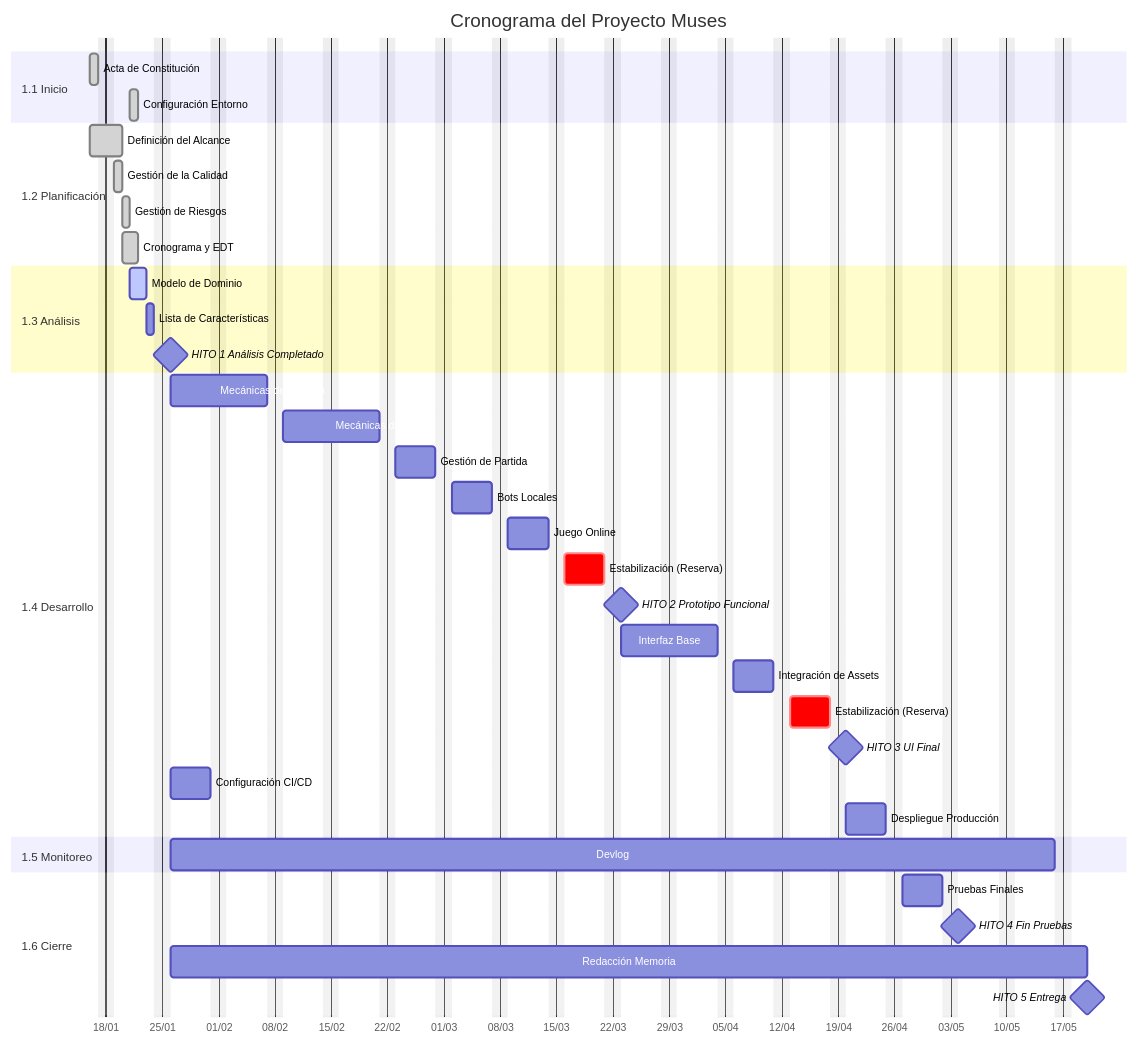
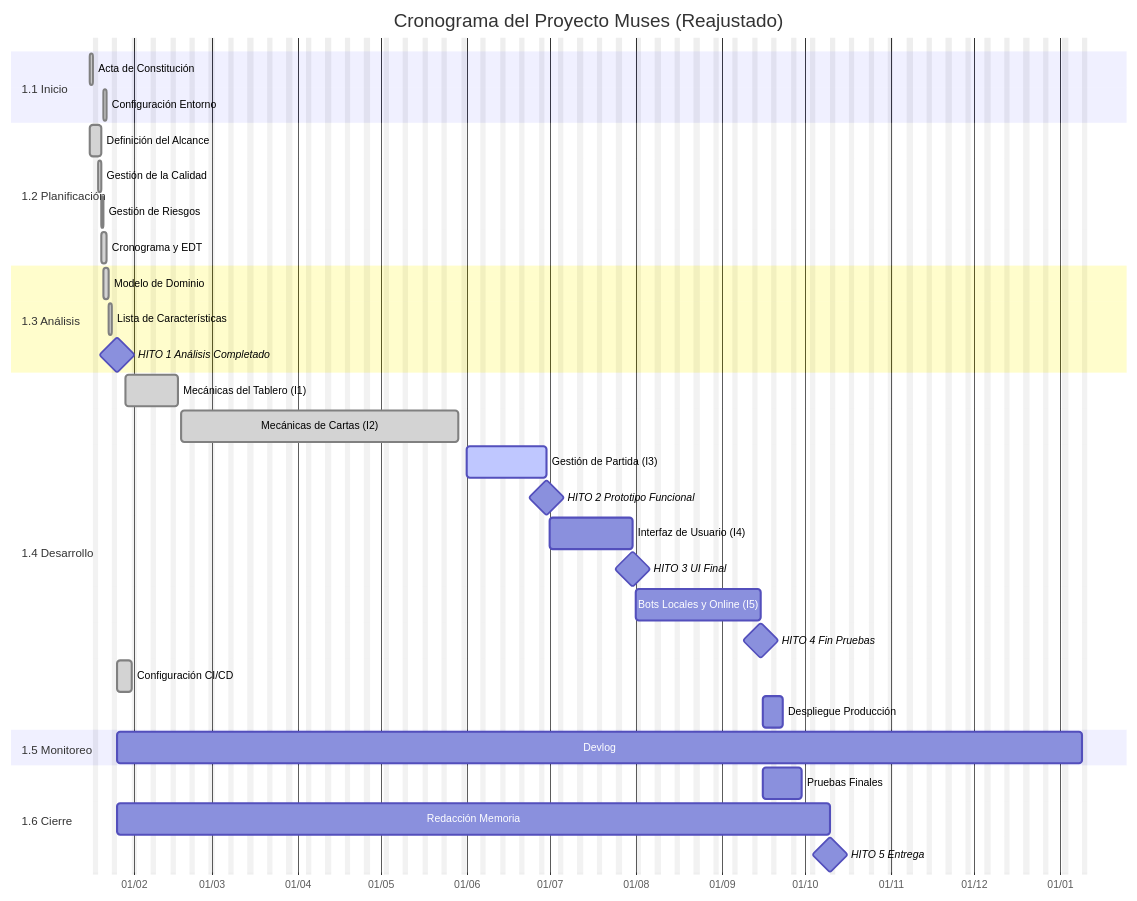
The diagram in docs/Planificación/Gestión del cronograma.md (PedroJimenezGuerrero/Muses_TFG), drawn with Mermaid before and after one commit. The commit also changed other lines of this file and 2 other files, not shown here.

````diff
--- a/docs/Planificación/Gestión del cronograma.md
+++ b/docs/Planificación/Gestión del cronograma.md
@@ -60,49 +118,44 @@
 ```mermaid
 %%{init: {'gantt': {'barHeight': 30, 'fontSize': 10, 'weekStart': 1}}}%%
 gantt
-    title Cronograma del Proyecto Muses
+    title Cronograma del Proyecto Muses (Reajustado)
     dateFormat  YYYY-MM-DD
     axisFormat  %d/%m
     excludes    weekends
 
     section 1.1 Inicio
     Acta de Constitución       :done, a1, 2026-01-16, 1d
     Configuración Entorno      :done, a2, 2026-01-21, 1d
 
     section 1.2 Planificación
     Definición del Alcance     :done, p3, 2026-01-16, 2d
     Gestión de la Calidad      :done, p4, 2026-01-19, 1d
     Gestión de Riesgos         :done, p2, 2026-01-20, 1d
     Cronograma y EDT           :done, p1, 2026-01-20, 2d
 
     section 1.3 Análisis
-    Modelo de Dominio          :active, ana1, 2026-01-21, 2d
-    Lista de Características   :ana2, after ana1, 1d
+    Modelo de Dominio          :done, ana1, 2026-01-21, 2d
+    Lista de Características   :done, ana2, after ana1, 1d
     HITO 1 Análisis Completado :milestone, m1, 2026-01-26, 0d
     
     section 1.4 Desarrollo
-    Mecánicas del Tablero      :d1, after m1, 10d
-    Mecánicas de Cartas        :d2, after d1, 10d
-    Gestión de Partida         :d3, after d2, 5d
-    Bots Locales               :modj1, after d3, 5d
-    Juego Online               :mode2, after modj1, 5d
-    Estabilización (Reserva)   :crit, buff1, after mode2, 5d
-    HITO 2 Prototipo Funcional :milestone, m2, 2026-03-23, 0d
+    Mecánicas del Tablero (I1) :done, d1, 2026-01-29, 2026-02-17
+    Mecánicas de Cartas (I2)   :done, d2, 2026-02-18, 2026-05-29
+    Gestión de Partida (I3)    :active, d3, 2026-06-01, 2026-06-30
+    HITO 2 Prototipo Funcional :milestone, m2, 2026-06-30, 0d
+    Interfaz de Usuario (I4)   :ui1, 2026-07-01, 2026-07-31
+    HITO 3 UI Final            :milestone, m3, 2026-07-31, 0d
+    Bots Locales y Online (I5) :modj1, 2026-08-01, 2026-09-15
+    HITO 4 Fin Pruebas         :milestone, m4, 2026-09-15, 0d
 
-    Interfaz Base              :ui1, after m2, 10d
-    Integración de Assets      :ui2, after ui1, 5d
-    Estabilización (Reserva)   :crit, buff2, after ui2, 5d
-    HITO 3 UI Final            :milestone, m3, 2026-04-20, 0d
-    
-    Configuración CI/CD        :devops1, after m1, 5d
-    Despliegue Producción      :devops2, after m3, 5d
+    Configuración CI/CD        :done, devops1, 2026-01-26, 5d
+    Despliegue Producción      :devops2, 2026-09-16, 5d
 
     section 1.5 Monitoreo
-    Devlog                     :mon1, 2026-01-26, 80d
+    Devlog                     :mon1, 2026-01-26, 250d
 
     section 1.6 Cierre
-    Pruebas Finales            :test1, 2026-04-27, 5d
-    HITO 4 Fin Pruebas         :milestone, m4, 2026-05-04, 0d
-    Redacción Memoria          :doc1, 2026-01-26, 2026-05-20
-    HITO 5 Entrega             :milestone, m5, 2026-05-20, 0d
+    Pruebas Finales            :test1, 2026-09-16, 10d
+    Redacción Memoria          :doc1, 2026-01-26, 2026-10-10
+    HITO 5 Entrega             :milestone, m5, 2026-10-10, 0d
 ```
````
